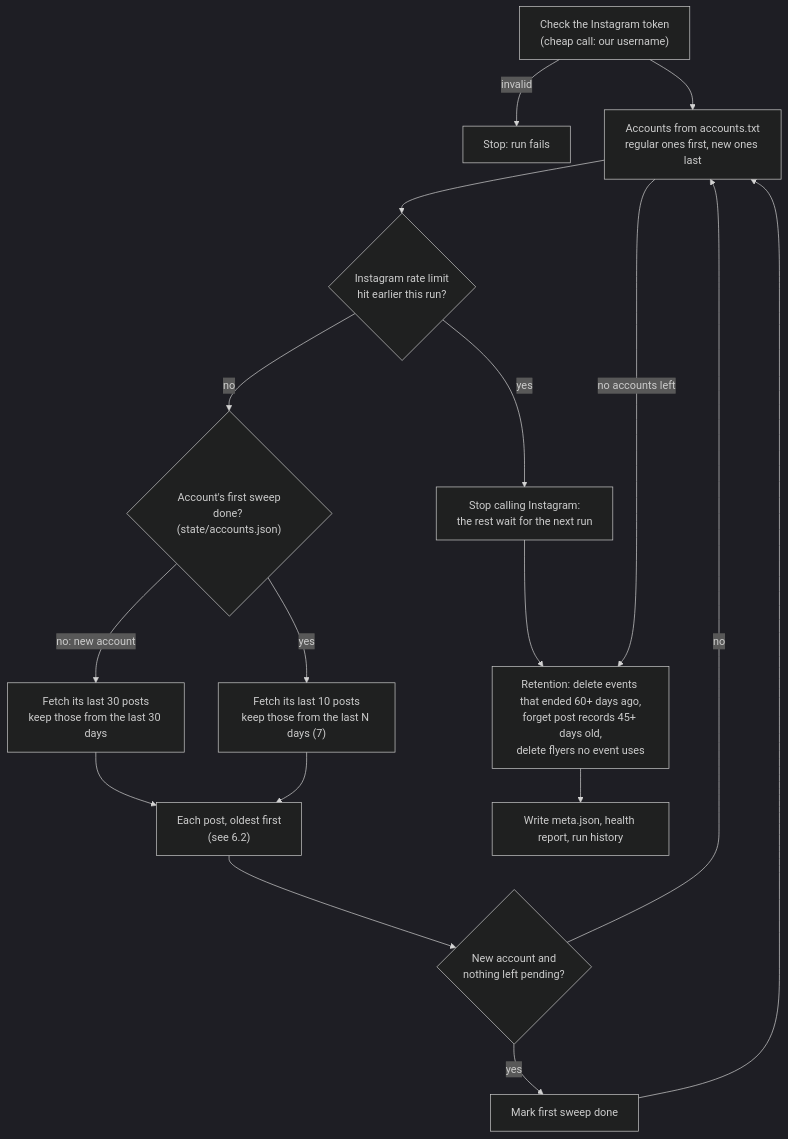
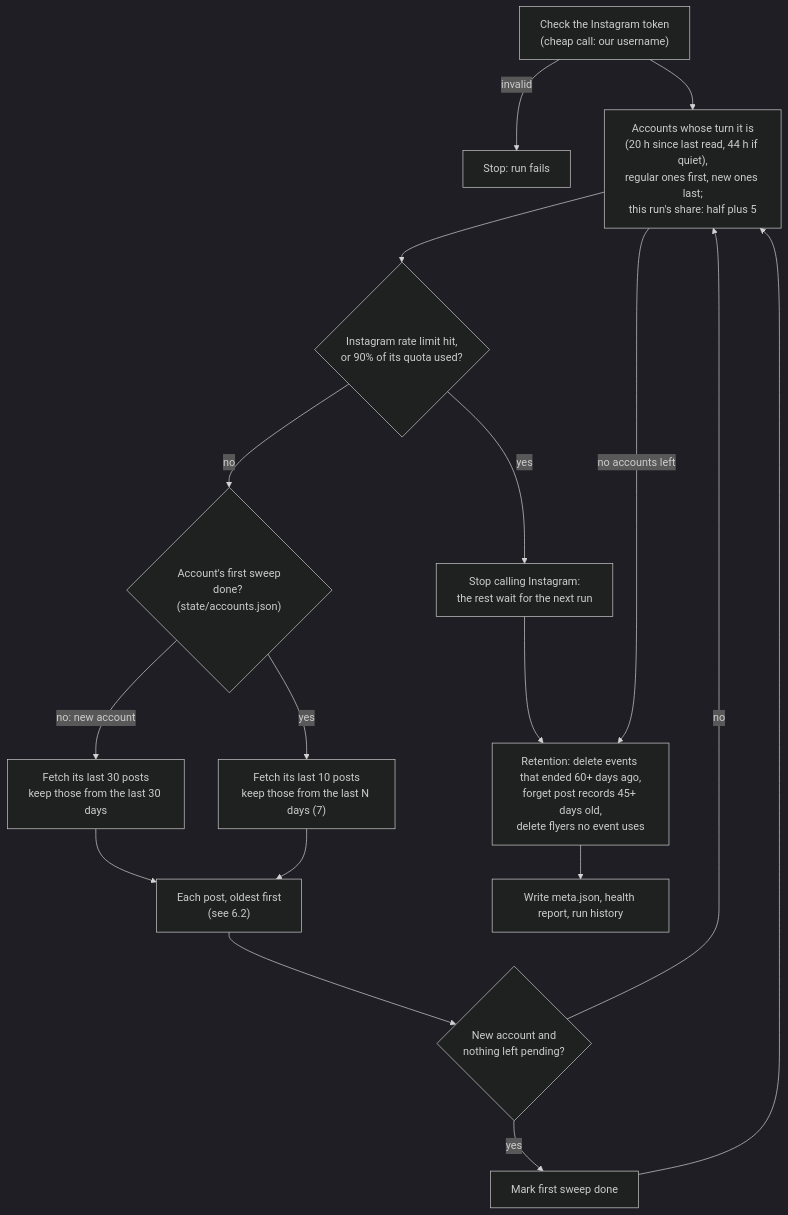
Before and after one commit to pa-bailar/backend: the third of 12 diagrams in docs/ARCHITECTURE.md, drawn with Mermaid (dark theme). The commit also changed other lines of this file and 2 other files, not shown here.

Commit message:
docs: admin waits and inbox scope, request job, key errors, tokens, capacity, whose turn it is

````diff
--- a/docs/ARCHITECTURE.md
+++ b/docs/ARCHITECTURE.md
@@ -384,19 +391,19 @@
 ```mermaid
 flowchart TD
     A["Check the Instagram token<br/>(cheap call: our username)"] -->|invalid| X["Stop: run fails"]
-    A --> B["Accounts from accounts.txt<br/>regular ones first, new ones last"]
-    B --> C{"Instagram rate limit<br/>hit earlier this run?"}
+    A --> B["Accounts whose turn it is<br/>(20 h since last read, 44 h if quiet),<br/>regular ones first, new ones last;<br/>this run's share: half plus 5"]
+    B --> C{"Instagram rate limit hit,<br/>or 90% of its quota used?"}
     C -->|yes| R["Stop calling Instagram:<br/>the rest wait for the next run"]
     C -->|no| D{"Account's first sweep<br/>done? (state/accounts.json)"}
     D -->|no: new account| E["Fetch its last 30 posts<br/>keep those from the last 30 days"]
     D -->|yes| F["Fetch its last 10 posts<br/>keep those from the last N days (7)"]
     E --> P["Each post, oldest first<br/>(see 6.2)"]
     F --> P
     P --> G{"New account and<br/>nothing left pending?"}
     G -->|yes| H["Mark first sweep done"]
     G -->|no| B
     H --> B
     R --> Z
     B -->|no accounts left| Z["Retention: delete events that ended 60+ days ago,<br/>forget post records 45+ days old,<br/>delete flyers no event uses"]
     Z --> M["Write meta.json, health report, run history"]
 ```
````
